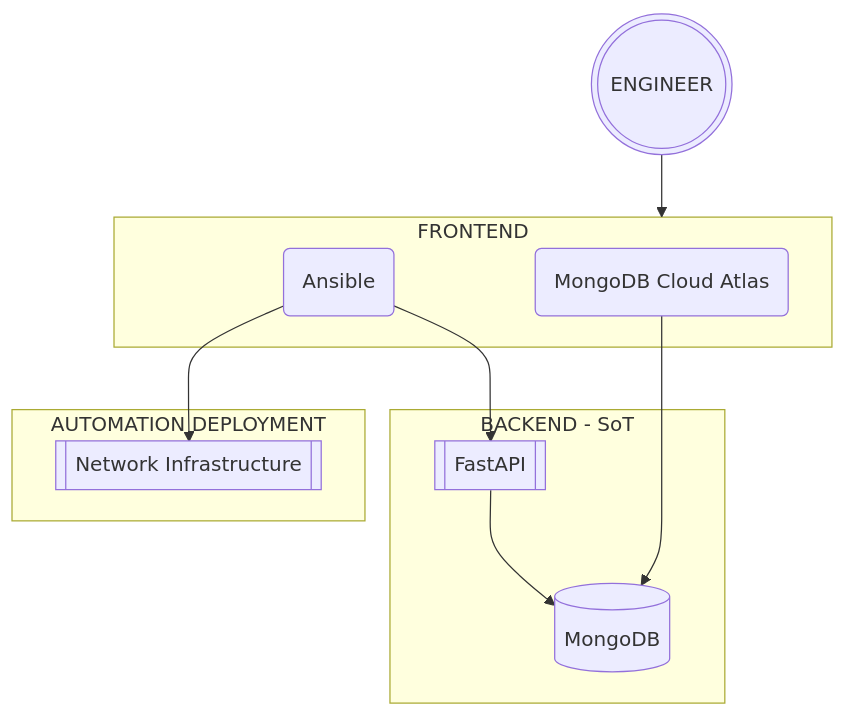
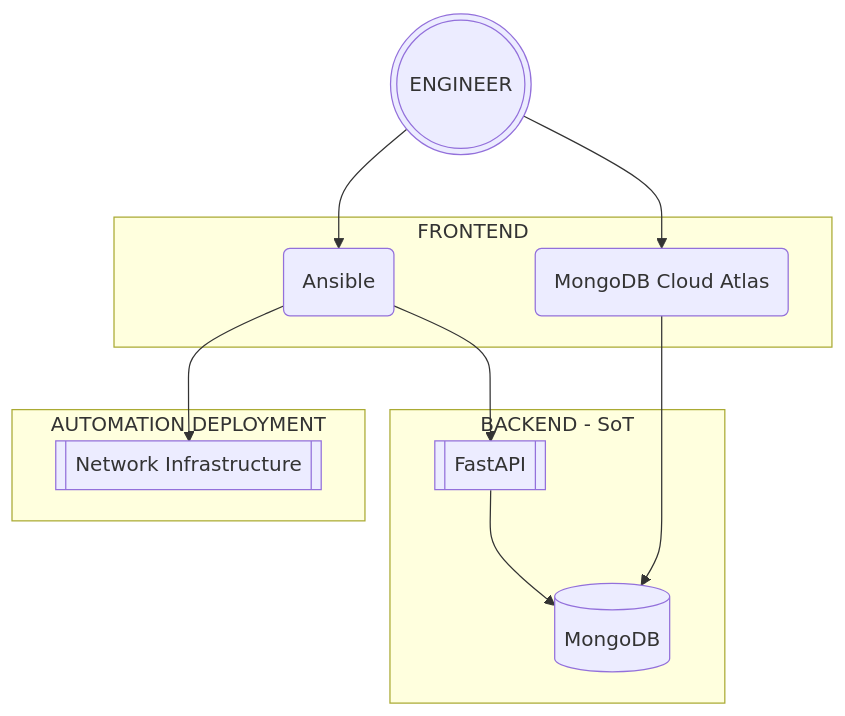
One commit to jnaranjom/iac_network_deployment changed the diagram in diagrams/automation_framework.md. Above: the diagram before and after it, drawn with Mermaid.

````diff
--- a/diagrams/automation_framework.md
+++ b/diagrams/automation_framework.md
@@ -1,20 +1,21 @@
 ```mermaid
 flowchart TB
     A[(MongoDB)]
     B[[FastAPI]]
     C(MongoDB Cloud Atlas)
     D(Ansible)
     E[[Network Infrastructure]]
     F(((ENGINEER)))
     subgraph BACKEND - SoT
         B --> A
     end
     subgraph FRONTEND
         C --> A
         D --> B
     end
-    F --> FRONTEND
+    F --> C
+    F --> D
     subgraph AUTOMATION DEPLOYMENT
         D --> E
     end
 ```
````
